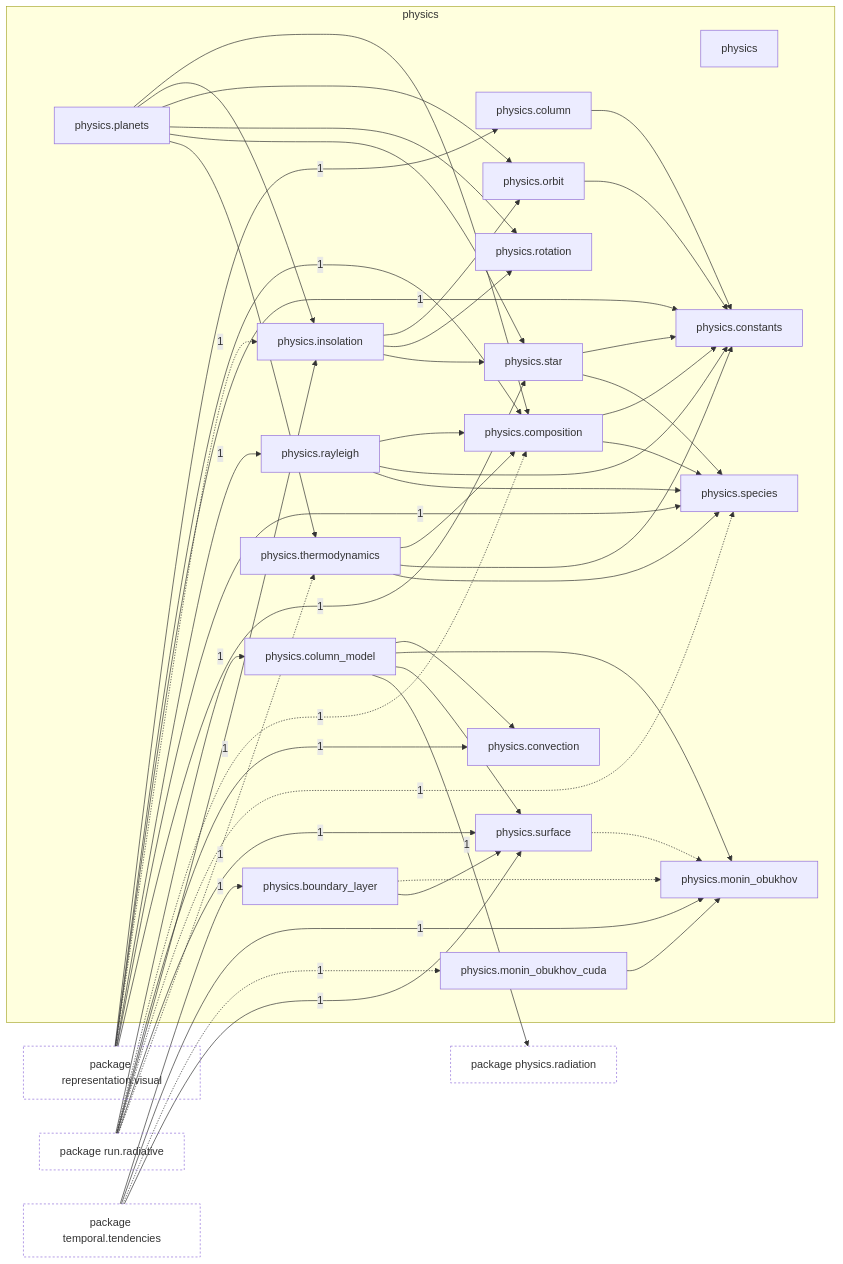
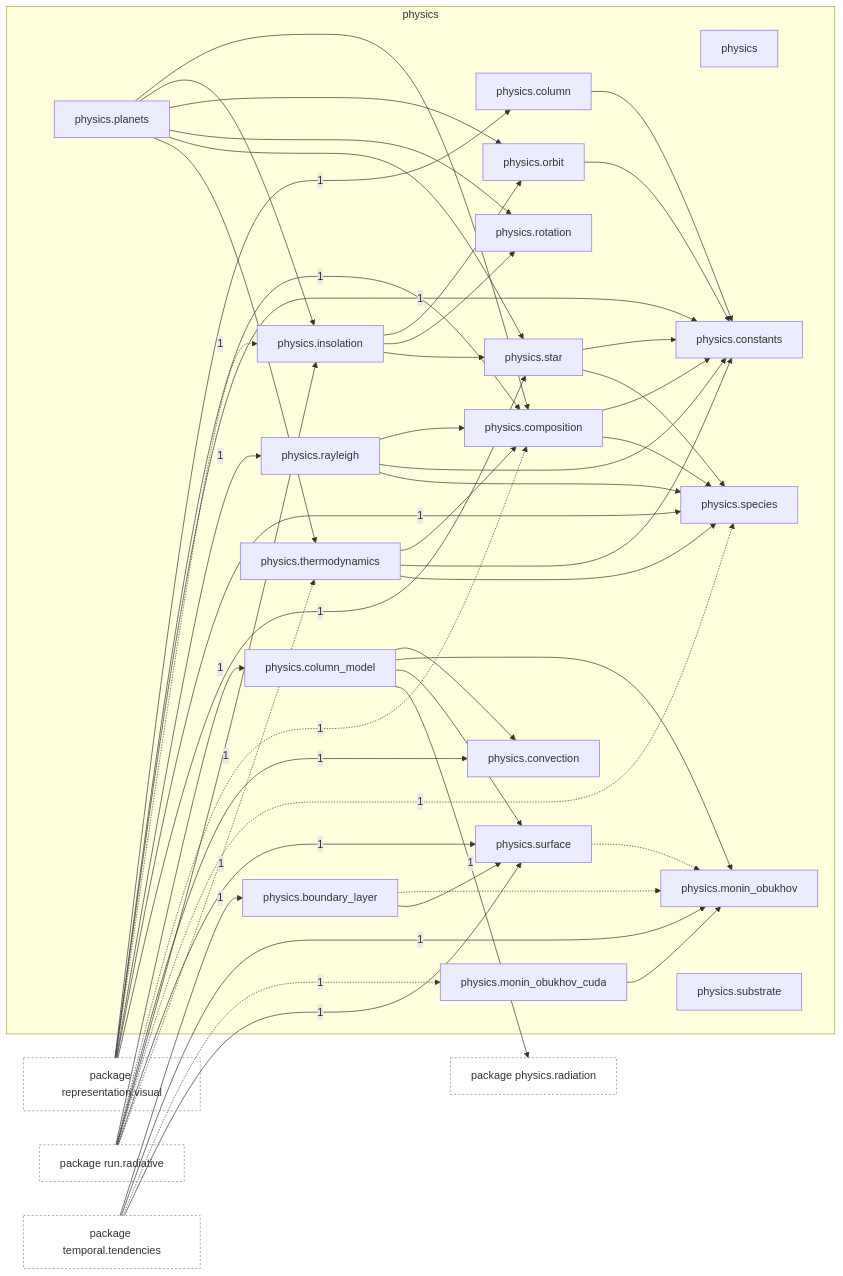
The first of 2 diagrams in docs/architecture/current/packages/tropoi.physics.md (AlexandreEros/Palintropos), drawn with Mermaid before and after one commit. The commit also changed other lines of this file and 14 other files, not shown here.

First line of the commit message:
Refresh the architecture snapshot for the conductive substrate module

````diff
--- a/docs/architecture/current/packages/tropoi.physics.md
+++ b/docs/architecture/current/packages/tropoi.physics.md
@@ -36,81 +37,82 @@
 ```mermaid
 %% Generated by tools.architecture 2.3.0. Do not edit by hand.
 %% Modules of tropoi.physics with imports in and out
 flowchart LR
     subgraph g_tropoi_ophysics["physics"]
         n_tropoi_ophysics["physics"]
         n_tropoi_ophysics_oboundary__layer["physics.boundary#95;layer"]
         n_tropoi_ophysics_ocolumn["physics.column"]
         n_tropoi_ophysics_ocolumn__model["physics.column#95;model"]
         n_tropoi_ophysics_ocomposition["physics.composition"]
         n_tropoi_ophysics_oconstants["physics.constants"]
         n_tropoi_ophysics_oconvection["physics.convection"]
         n_tropoi_ophysics_oinsolation["physics.insolation"]
         n_tropoi_ophysics_omonin__obukhov["physics.monin#95;obukhov"]
         n_tropoi_ophysics_omonin__obukhov__cuda["physics.monin#95;obukhov#95;cuda"]
         n_tropoi_ophysics_oorbit["physics.orbit"]
         n_tropoi_ophysics_oplanets["physics.planets"]
         n_tropoi_ophysics_orayleigh["physics.rayleigh"]
         n_tropoi_ophysics_orotation["physics.rotation"]
         n_tropoi_ophysics_ospecies["physics.species"]
         n_tropoi_ophysics_ostar["physics.star"]
+        n_tropoi_ophysics_osubstrate["physics.substrate"]
         n_tropoi_ophysics_osurface["physics.surface"]
         n_tropoi_ophysics_othermodynamics["physics.thermodynamics"]
     end
     p_tropoi_ophysics_oradiation["package physics.radiation"]
     p_tropoi_orepresentation_ovisual["package representation.visual"]
     p_tropoi_orun_oradiative["package run.radiative"]
     p_tropoi_otemporal_otendencies["package temporal.tendencies"]
     n_tropoi_ophysics_oboundary__layer -.-> n_tropoi_ophysics_omonin__obukhov
     n_tropoi_ophysics_oboundary__layer --> n_tropoi_ophysics_osurface
     n_tropoi_ophysics_ocolumn --> n_tropoi_ophysics_oconstants
     n_tropoi_ophysics_ocolumn__model --> n_tropoi_ophysics_oconvection
     n_tropoi_ophysics_ocolumn__model --> n_tropoi_ophysics_omonin__obukhov
     n_tropoi_ophysics_ocolumn__model --> n_tropoi_ophysics_osurface
     n_tropoi_ophysics_ocomposition --> n_tropoi_ophysics_oconstants
     n_tropoi_ophysics_ocomposition --> n_tropoi_ophysics_ospecies
     n_tropoi_ophysics_oinsolation --> n_tropoi_ophysics_oorbit
     n_tropoi_ophysics_oinsolation --> n_tropoi_ophysics_orotation
     n_tropoi_ophysics_oinsolation --> n_tropoi_ophysics_ostar
     n_tropoi_ophysics_omonin__obukhov__cuda --> n_tropoi_ophysics_omonin__obukhov
     n_tropoi_ophysics_oorbit --> n_tropoi_ophysics_oconstants
     n_tropoi_ophysics_oplanets --> n_tropoi_ophysics_ocomposition
     n_tropoi_ophysics_oplanets --> n_tropoi_ophysics_oinsolation
     n_tropoi_ophysics_oplanets --> n_tropoi_ophysics_oorbit
     n_tropoi_ophysics_oplanets --> n_tropoi_ophysics_orotation
     n_tropoi_ophysics_oplanets --> n_tropoi_ophysics_ostar
     n_tropoi_ophysics_oplanets --> n_tropoi_ophysics_othermodynamics
     n_tropoi_ophysics_orayleigh --> n_tropoi_ophysics_ocomposition
     n_tropoi_ophysics_orayleigh --> n_tropoi_ophysics_oconstants
     n_tropoi_ophysics_orayleigh --> n_tropoi_ophysics_ospecies
     n_tropoi_ophysics_ostar --> n_tropoi_ophysics_oconstants
     n_tropoi_ophysics_ostar --> n_tropoi_ophysics_ospecies
     n_tropoi_ophysics_osurface -.-> n_tropoi_ophysics_omonin__obukhov
     n_tropoi_ophysics_othermodynamics --> n_tropoi_ophysics_ocomposition
     n_tropoi_ophysics_othermodynamics --> n_tropoi_ophysics_oconstants
     n_tropoi_ophysics_othermodynamics --> n_tropoi_ophysics_ospecies
     p_tropoi_orepresentation_ovisual -->|1| n_tropoi_ophysics_ocolumn
     p_tropoi_orepresentation_ovisual -->|1| n_tropoi_ophysics_ocomposition
     p_tropoi_orepresentation_ovisual -->|1| n_tropoi_ophysics_oconstants
     p_tropoi_orepresentation_ovisual -.->|1| n_tropoi_ophysics_oinsolation
     p_tropoi_orepresentation_ovisual -->|1| n_tropoi_ophysics_orayleigh
     p_tropoi_orepresentation_ovisual -->|1| n_tropoi_ophysics_ospecies
     p_tropoi_orepresentation_ovisual -->|1| n_tropoi_ophysics_ostar
     p_tropoi_orun_oradiative -->|1| n_tropoi_ophysics_ocolumn__model
     p_tropoi_orun_oradiative -.->|1| n_tropoi_ophysics_ocomposition
     p_tropoi_orun_oradiative -->|1| n_tropoi_ophysics_oconvection
     p_tropoi_orun_oradiative -->|1| n_tropoi_ophysics_oinsolation
     p_tropoi_orun_oradiative -.->|1| n_tropoi_ophysics_ospecies
     p_tropoi_orun_oradiative -->|1| n_tropoi_ophysics_osurface
     p_tropoi_orun_oradiative -.->|1| n_tropoi_ophysics_othermodynamics
     p_tropoi_otemporal_otendencies -->|1| n_tropoi_ophysics_oboundary__layer
     p_tropoi_otemporal_otendencies -->|1| n_tropoi_ophysics_omonin__obukhov
     p_tropoi_otemporal_otendencies -.->|1| n_tropoi_ophysics_omonin__obukhov__cuda
     p_tropoi_otemporal_otendencies -->|1| n_tropoi_ophysics_osurface
     n_tropoi_ophysics_ocolumn__model -->|1| p_tropoi_ophysics_oradiation
     classDef other fill:none,stroke-dasharray:3 3
     class p_tropoi_ophysics_oradiation other
     class p_tropoi_orepresentation_ovisual other
     class p_tropoi_orun_oradiative other
     class p_tropoi_otemporal_otendencies other
 ```
````
